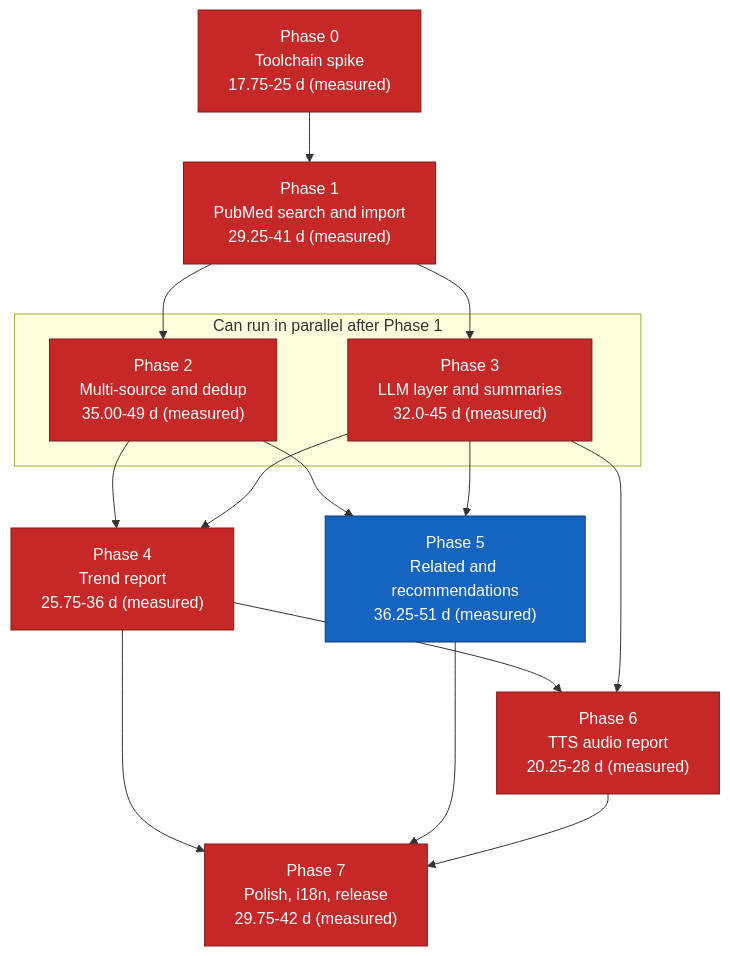
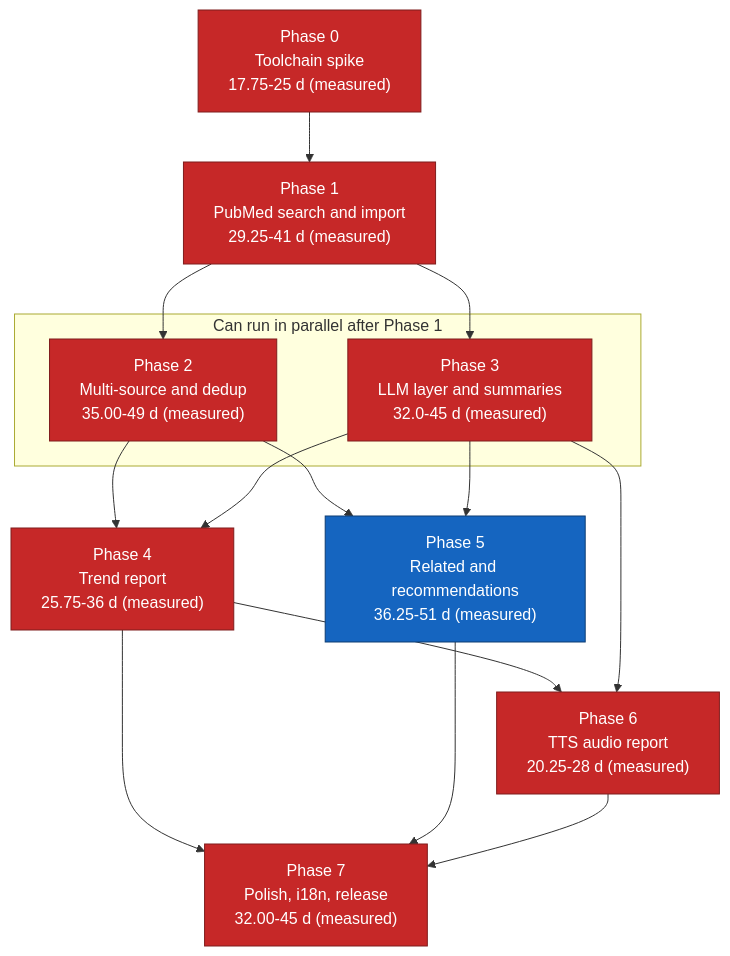
One commit to suppakoko/research_helper changed the diagram in docs/11-implementation-roadmap.md. Above: the diagram before and after it, drawn with Mermaid. The commit also changed other lines of this file and 56 other files, not shown here.

````diff
--- a/docs/11-implementation-roadmap.md
+++ b/docs/11-implementation-roadmap.md
@@ -327,34 +327,34 @@
 ```mermaid
 graph TD
     P0["Phase 0<br/>Toolchain spike<br/>17.75-25 d (measured)"]
     P1["Phase 1<br/>PubMed search and import<br/>29.25-41 d (measured)"]
     P2["Phase 2<br/>Multi-source and dedup<br/>35.00-49 d (measured)"]
     P3["Phase 3<br/>LLM layer and summaries<br/>32.0-45 d (measured)"]
     P4["Phase 4<br/>Trend report<br/>25.75-36 d (measured)"]
     P5["Phase 5<br/>Related and recommendations<br/>36.25-51 d (measured)"]
     P6["Phase 6<br/>TTS audio report<br/>20.25-28 d (measured)"]
-    P7["Phase 7<br/>Polish, i18n, release<br/>29.75-42 d (measured)"]
+    P7["Phase 7<br/>Polish, i18n, release<br/>32.00-45 d (measured)"]
 
     P0 --> P1
     P1 --> P2
     P1 --> P3
     P2 --> P4
     P3 --> P4
     P2 --> P5
     P3 --> P5
     P4 --> P6
     P3 --> P6
     P4 --> P7
     P5 --> P7
     P6 --> P7
 
     subgraph parallel["Can run in parallel after Phase 1"]
         P2
         P3
     end
 
     classDef critical fill:#c62828,stroke:#7f1d1d,color:#ffffff
     classDef normal fill:#1565c0,stroke:#0d3c73,color:#ffffff
     class P0,P1,P2,P3,P4,P6,P7 critical
     class P5 normal
 ```
````
